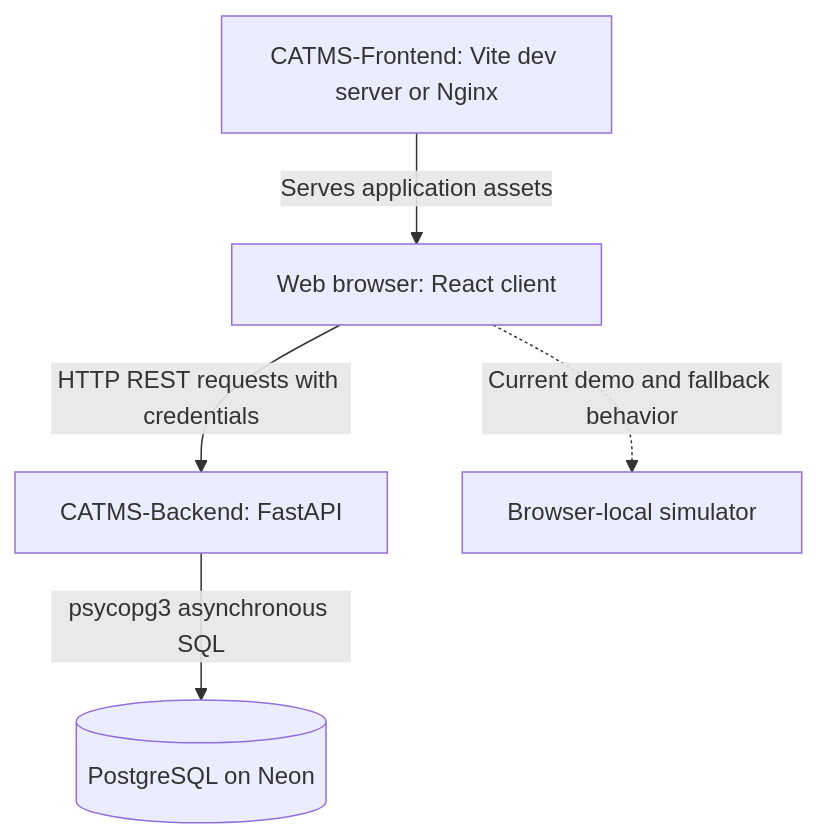
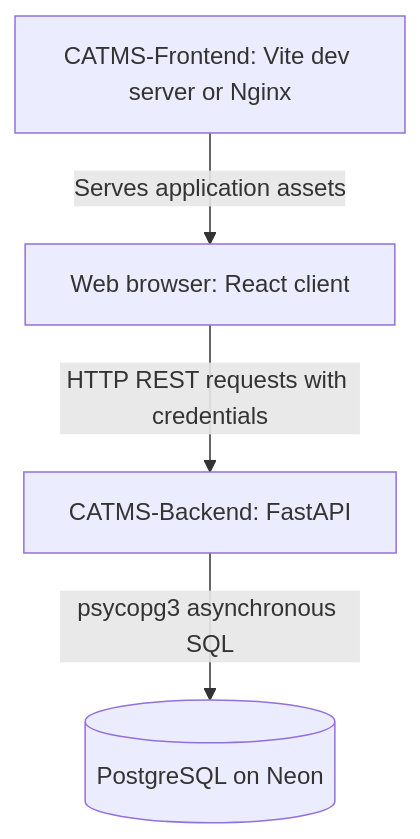
One commit to datanexus-cs3043/project-docs changed the diagram in architecture.md. Above: the diagram before and after it, drawn with Mermaid. The commit also changed other lines of this file and 6 other files, not shown here.

````diff
--- a/architecture.md
+++ b/architecture.md
@@ -7,7 +9,6 @@
 ```mermaid
 graph TD
     Frontend[CATMS-Frontend: Vite dev server or Nginx] -->|Serves application assets| Browser[Web browser: React client]
     Browser -->|HTTP REST requests with credentials| Backend[CATMS-Backend: FastAPI]
     Backend -->|psycopg3 asynchronous SQL| Database[(PostgreSQL on Neon)]
-    Browser -.->|Current demo and fallback behavior| Local[Browser-local simulator]
 ```
````
